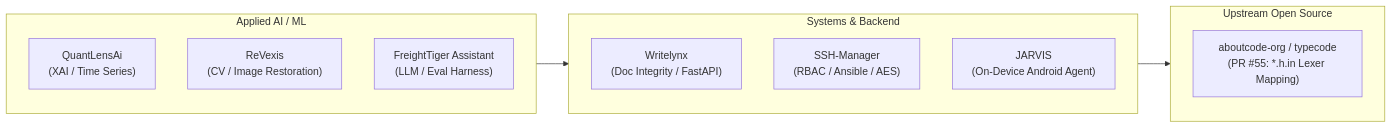
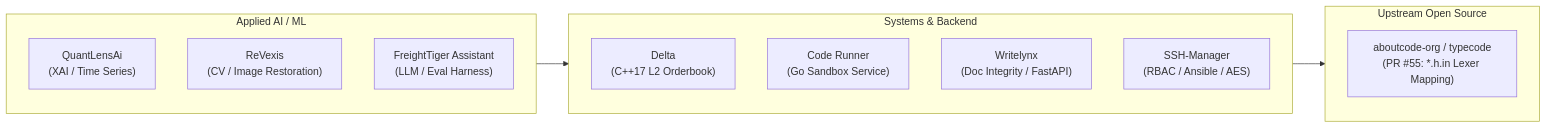
One commit to nikhilanand0105/nikhilanand0105 changed the diagram in README.md. Above: the diagram before and after it, drawn with Mermaid. The commit also changed other lines of this file, not shown here.

Commit message:
docs: expand profile portfolio with C++ Delta orderbook and Go Code-Runner engine

````diff
--- a/README.md
+++ b/README.md
@@ -34,20 +35,21 @@
 ```mermaid
 flowchart LR
     subgraph S1["Applied AI / ML"]
         Q["QuantLensAi\n(XAI / Time Series)"]
         R["ReVexis\n(CV / Image Restoration)"]
         F["FreightTiger Assistant\n(LLM / Eval Harness)"]
     end
 
     subgraph S2["Systems & Backend"]
+        D["Delta\n(C++17 L2 Orderbook)"]
+        C["Code Runner\n(Go Sandbox Service)"]
         W["Writelynx\n(Doc Integrity / FastAPI)"]
         S["SSH-Manager\n(RBAC / Ansible / AES)"]
-        J["JARVIS\n(On-Device Android Agent)"]
     end
 
     subgraph S3["Upstream Open Source"]
         T["aboutcode-org / typecode\n(PR #55: *.h.in Lexer Mapping)"]
     end
 
     S1 --> S2 --> S3
 ```
````
